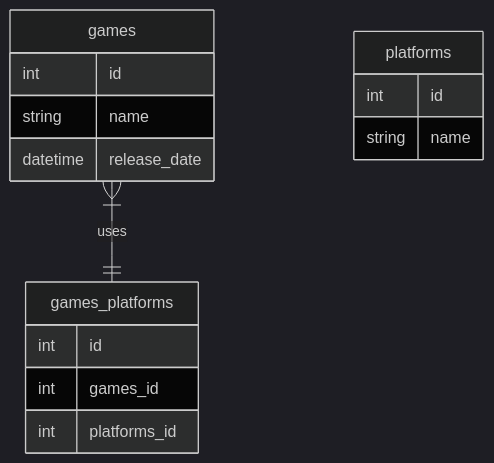
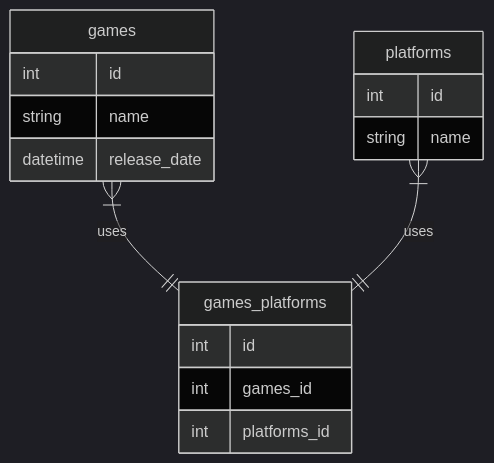
The second of 2 diagrams in README.md (Haikira/VGLogger), drawn with Mermaid before and after one commit.

````diff
--- a/README.md
+++ b/README.md
@@ -39,23 +39,24 @@
 ``` mermaid
 %%{init: {'theme': 'dark' } }%%
 
 erDiagram
 
         games {
                 int id
                 string name
                 datetime release_date
         }
         platforms {
                 int id
                 string name                
         }
         games_platforms {
                 int id
                 int games_id
                 int platforms_id
         }
         
         games }|--|| games_platforms: "uses"
+        platforms }|--|| games_platforms: "uses"
 
 ```
````
